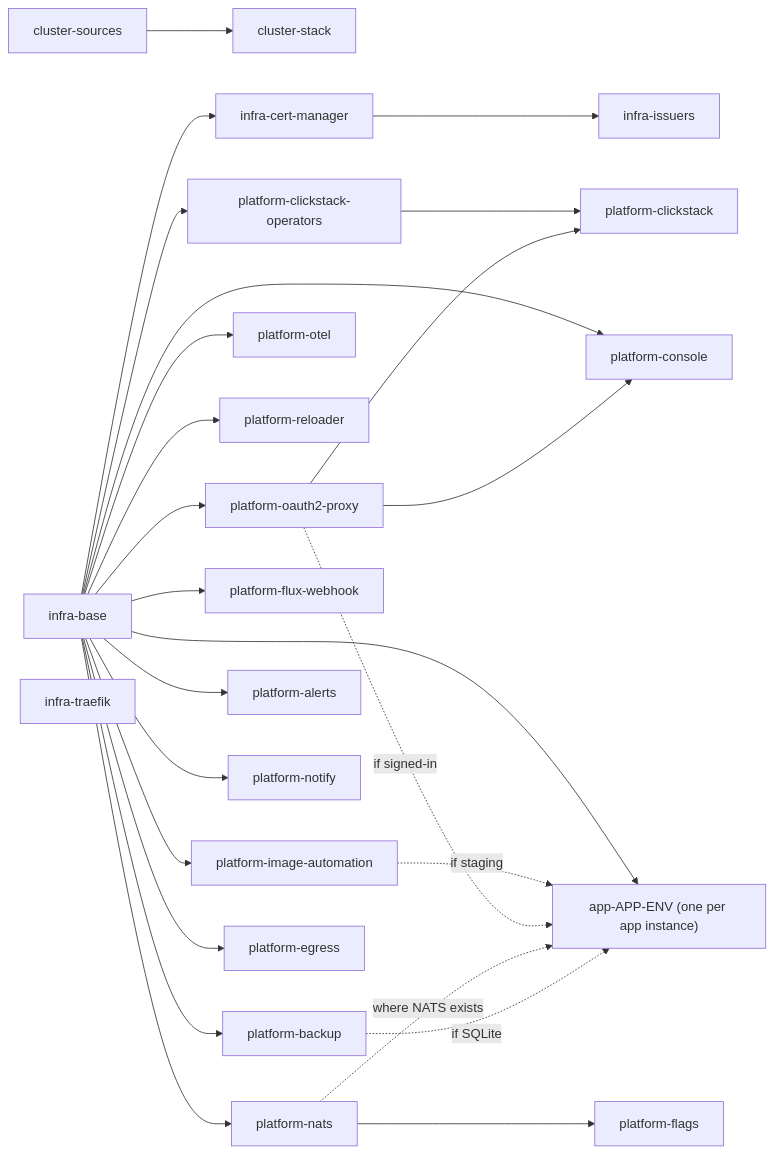
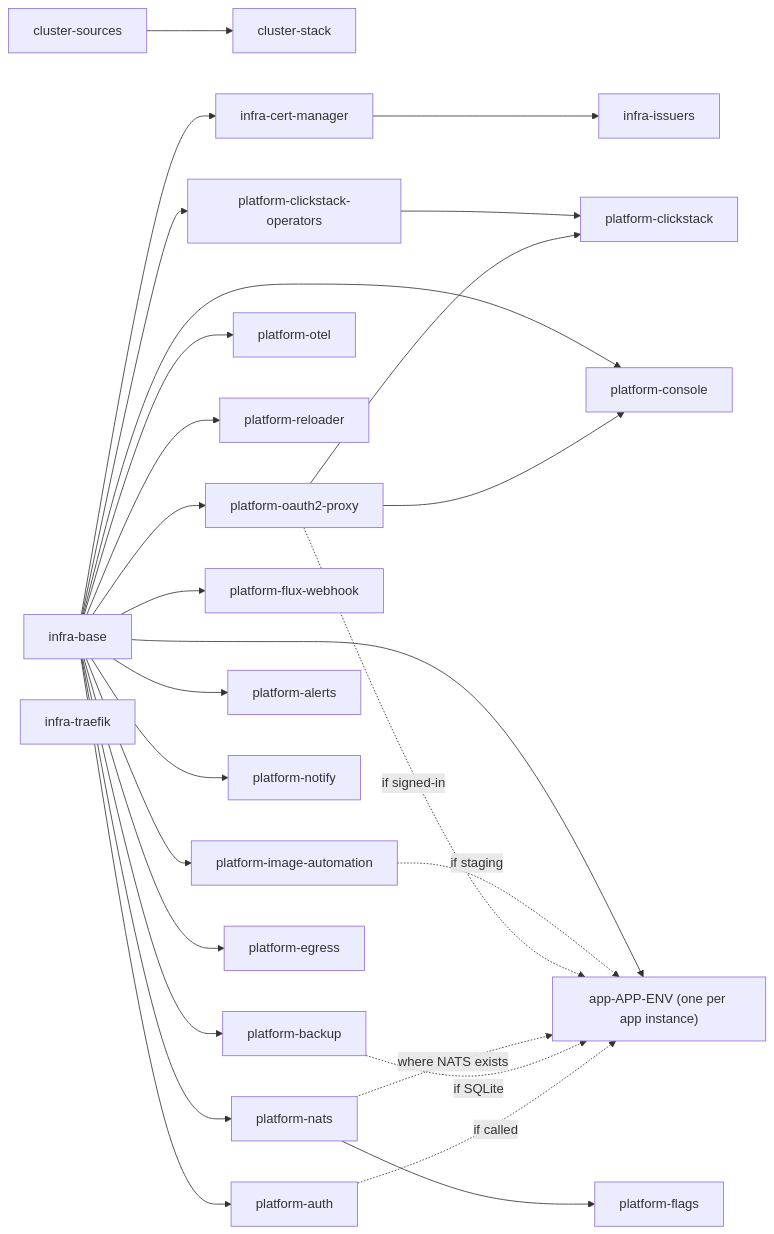
Before and after one commit to samclement/swhurl-platform: the second of 6 diagrams in docs/architecture.md, drawn with Mermaid. The commit also changed other lines of this file and 36 other files, not shown here.

````diff
--- a/docs/architecture.md
+++ b/docs/architecture.md
@@ -65,25 +65,27 @@
 ```mermaid
 flowchart LR
   sources[cluster-sources] --> stack[cluster-stack]
   base[infra-base] --> cm[infra-cert-manager] --> issuers[infra-issuers]
   base --> auth[platform-oauth2-proxy]
   base --> ops[platform-clickstack-operators] --> clickstack[platform-clickstack]
   auth --> clickstack
   base --> otel[platform-otel]
   base --> reloader[platform-reloader]
   base --> backup[platform-backup]
   base --> webhook[platform-flux-webhook]
   base --> imageauto[platform-image-automation]
   base --> alerts[platform-alerts]
   base --> notify[platform-notify]
   base --> console[platform-console]
   auth --> console
   base --> nats[platform-nats] --> flags[platform-flags]
   base --> egress[platform-egress]
+  base --> keys[platform-auth]
   traefik[infra-traefik]
   base --> app["app-APP-ENV (one per app instance)"]
   imageauto -. if staging .-> app
   auth -. if signed-in .-> app
   nats -. where NATS exists .-> app
   backup -. if SQLite .-> app
+  keys -. if called .-> app
 ```
````
